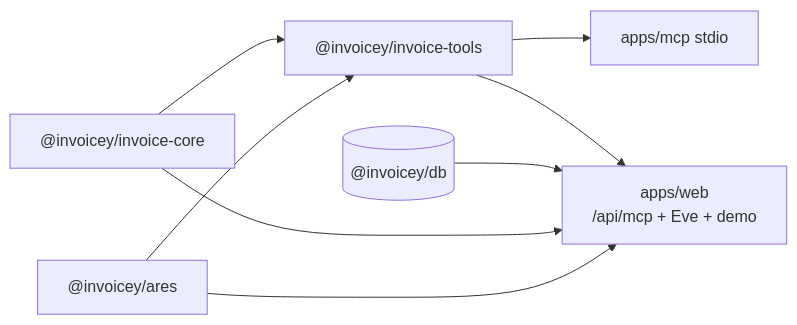
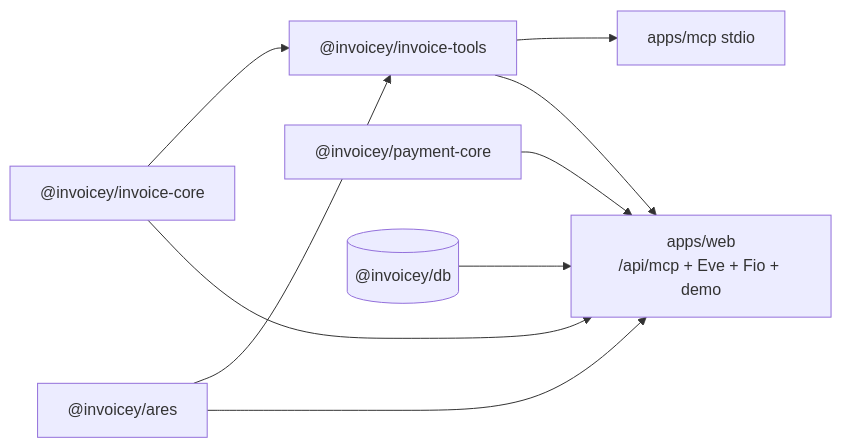
The fourth of 4 diagrams in docs/architecture.md (filipditrich/inveoiceyai), drawn with Mermaid before and after one commit. The commit also changed other lines of this file and 30 other files, not shown here.

````diff
--- a/docs/architecture.md
+++ b/docs/architecture.md
@@ -194,10 +200,11 @@
 ```mermaid
 flowchart LR
     Core["@invoicey/invoice-core"] --> Tools["@invoicey/invoice-tools"]
     Ares["@invoicey/ares"] --> Tools
+    Pay["@invoicey/payment-core"] --> Web["apps/web<br/>/api/mcp + Eve + Fio + demo"]
     Tools --> MCP["apps/mcp stdio"]
-    Tools --> Web["apps/web<br/>/api/mcp + Eve + demo"]
+    Tools --> Web
     DB[("@invoicey/db")] --> Web
     Core --> Web
     Ares --> Web
 ```
````
